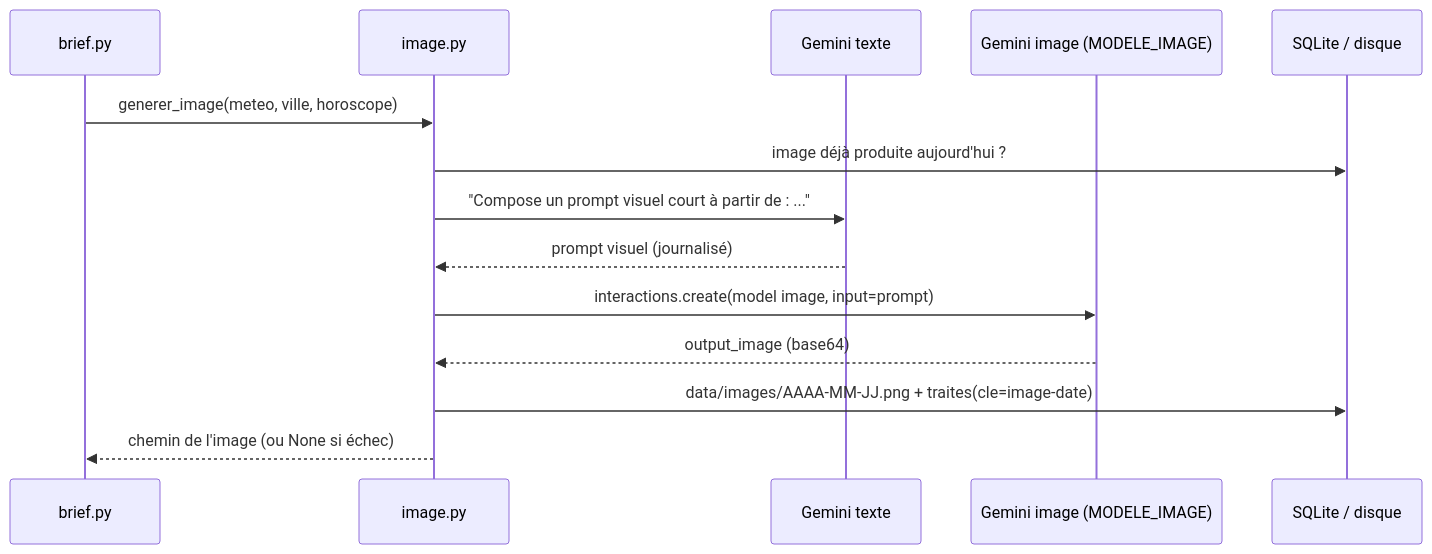
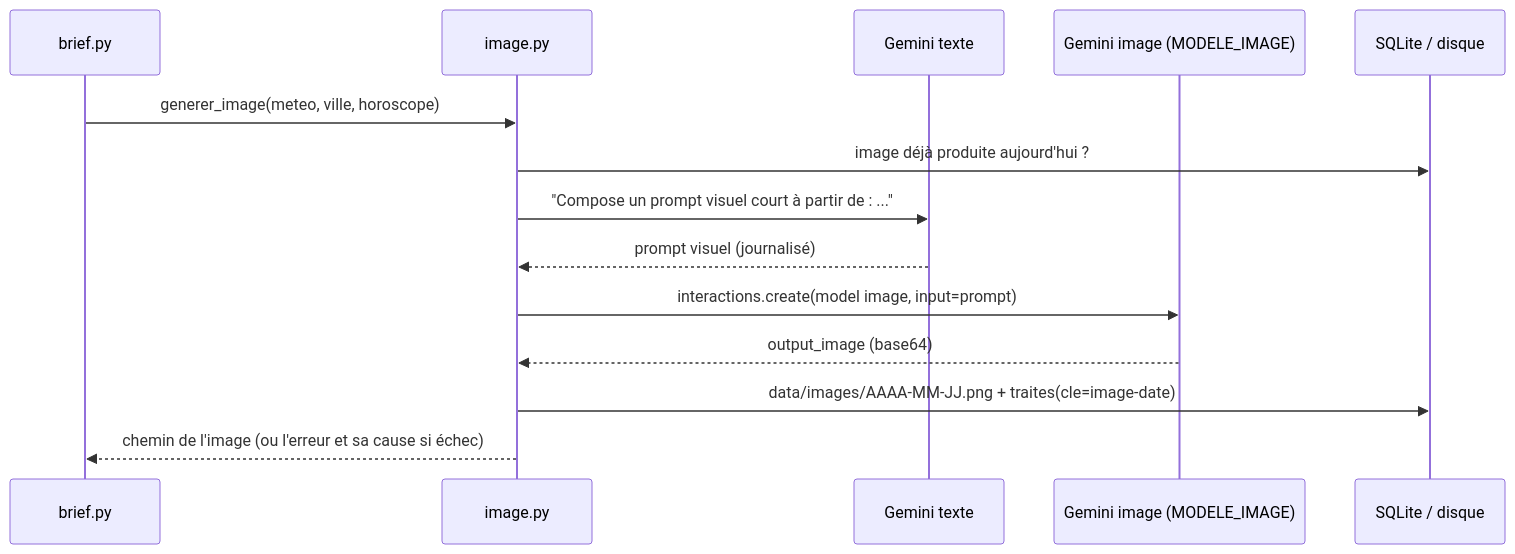
Before and after one commit to lecinquiemejour-code/goodvibe-tuto: diagram 30 of 44 in tuto-goodvibe-vibecoding.md, drawn with Mermaid. The commit also changed other lines of this file and 2 other files, not shown here.

````diff
--- a/tuto-goodvibe-vibecoding.md
+++ b/tuto-goodvibe-vibecoding.md
@@ -1101,16 +1220,16 @@
 ```mermaid
 sequenceDiagram
     participant B as brief.py
     participant I as image.py
     participant G as Gemini texte
     participant N as Gemini image (MODELE_IMAGE)
     participant D as SQLite / disque
     B->>I: generer_image(meteo, ville, horoscope)
     I->>D: image déjà produite aujourd'hui ?
     I->>G: "Compose un prompt visuel court à partir de : ..."
     G-->>I: prompt visuel (journalisé)
     I->>N: interactions.create(model image, input=prompt)
     N-->>I: output_image (base64)
     I->>D: data/images/AAAA-MM-JJ.png + traites(cle=image-date)
-    I-->>B: chemin de l'image (ou None si échec)
+    I-->>B: chemin de l'image (ou l'erreur et sa cause si échec)
 ```
````
